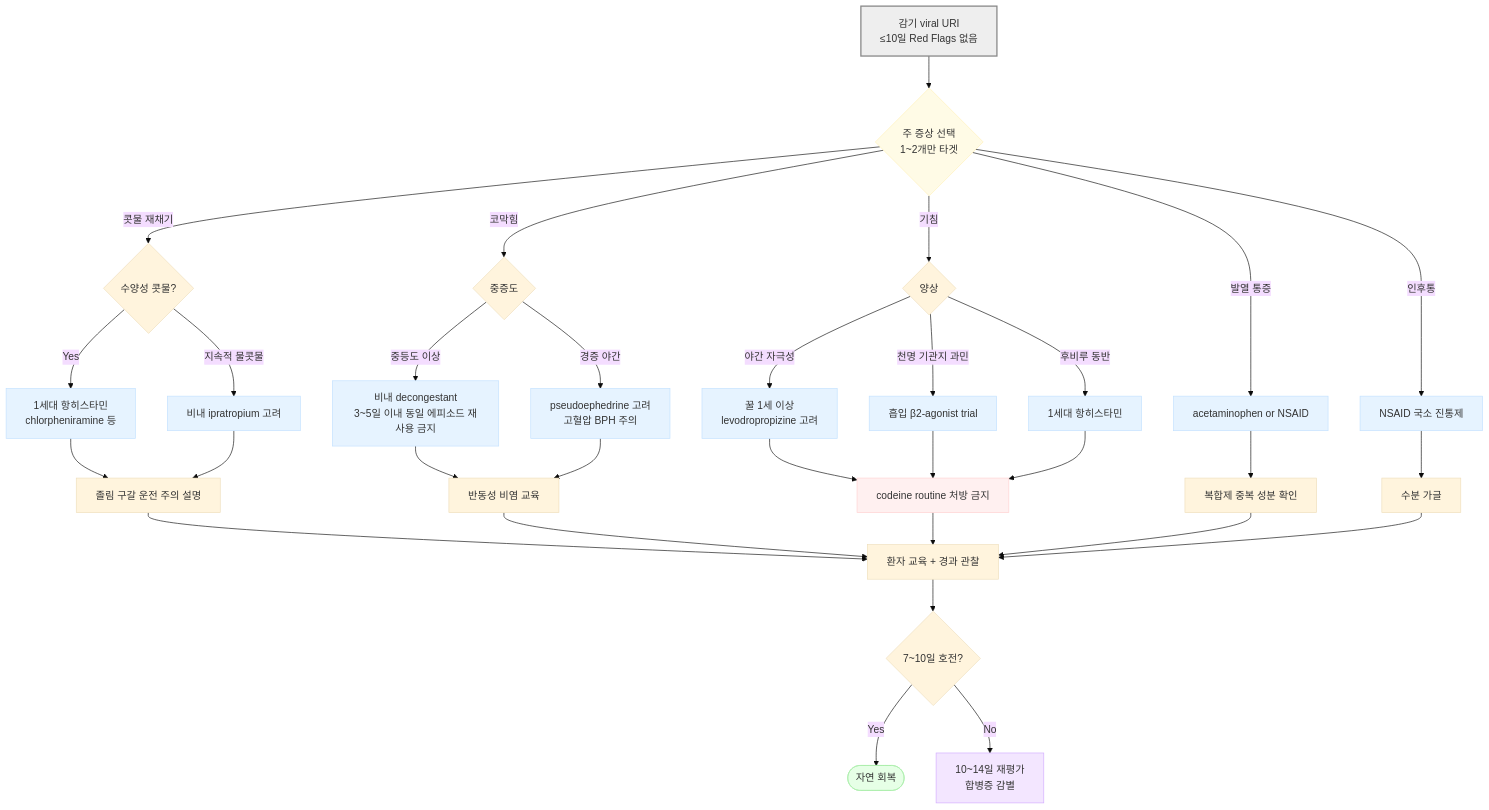
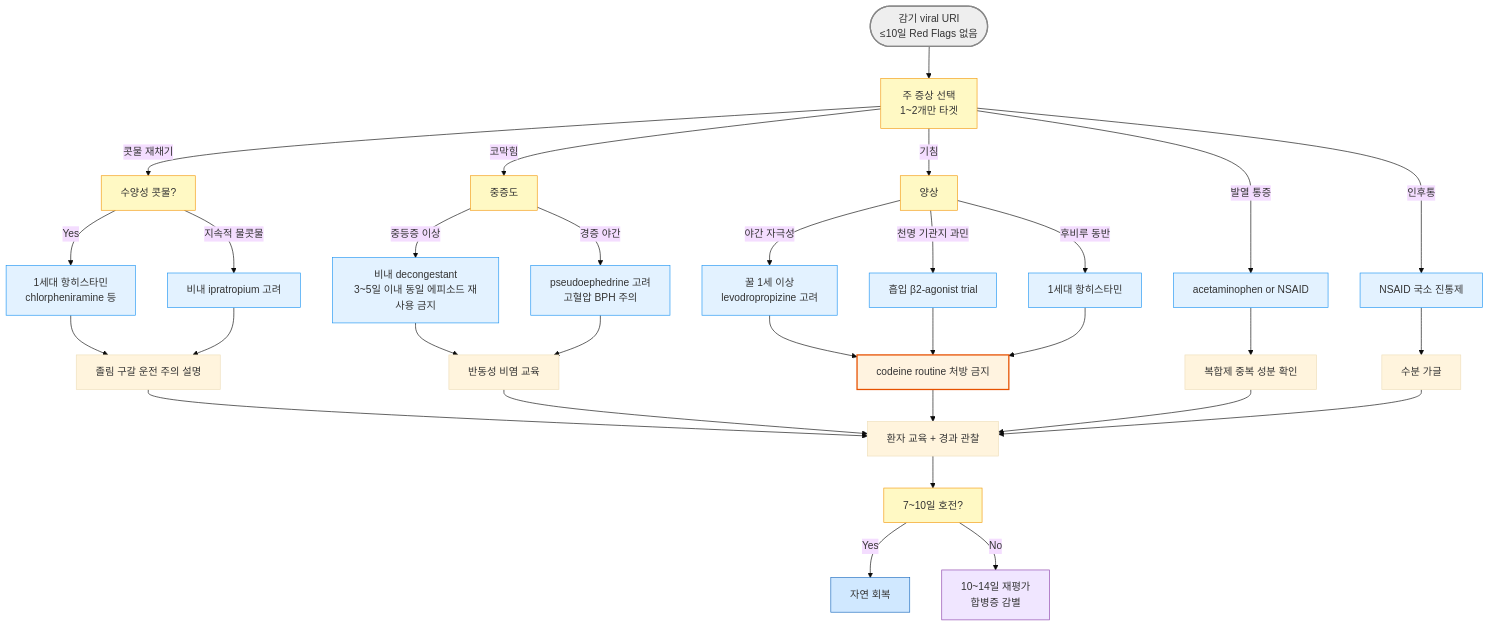
The diagram in 223_/060_-common-cold.md (familyoh77/familyoh77), drawn with Mermaid (base theme) before and after one commit. The commit also changed other lines of this file, not shown here.

````diff
--- a/223_/060_-common-cold.md
+++ b/223_/060_-common-cold.md
@@ -185,55 +155,49 @@
 ```mermaid
 flowchart TD
-    A["감기 viral URI<br/>≤10일 Red Flags 없음"] --> B{주 증상 선택<br/>1~2개만 타겟}
+    A(["감기 viral URI<br/>≤10일 Red Flags 없음"]) --> B[주 증상 선택<br/>1~2개만 타겟]
 
-    B -->|콧물 재채기| R1{수양성 콧물?}
+    B -->|콧물 재채기| R1[수양성 콧물?]
     R1 -->|Yes| R2["1세대 항히스타민<br/>chlorpheniramine 등"]
     R1 -->|지속적 물콧물| R3["비내 ipratropium 고려"]
     R2 --> R4["졸림 구갈 운전 주의 설명"]
     R3 --> R4
 
-    B -->|코막힘| C1{중증도}
-    C1 -->|중등도 이상| C2["비내 decongestant<br/>3~5일 이내 동일 에피소드 재사용 금지"]
+    B -->|코막힘| C1[중증도]
+    C1 -->|중등증 이상| C2["비내 decongestant<br/>3~5일 이내 동일 에피소드 재사용 금지"]
     C1 -->|경증 야간| C3["pseudoephedrine 고려<br/>고혈압 BPH 주의"]
     C2 --> C4["반동성 비염 교육"]
     C3 --> C4
 
-    B -->|기침| K1{양상}
+    B -->|기침| K1[양상]
     K1 -->|야간 자극성| K2["꿀 1세 이상<br/>levodropropizine 고려"]
     K1 -->|천명 기관지 과민| K3["흡입 β2-agonist trial"]
     K1 -->|후비루 동반| K4["1세대 항히스타민"]
     K2 --> K5["codeine routine 처방 금지"]
     K3 --> K5
     K4 --> K5
 
     B -->|발열 통증| F1["acetaminophen or NSAID"]
     F1 --> F2["복합제 중복 성분 확인"]
 
     B -->|인후통| S1["NSAID 국소 진통제"]
     S1 --> S2["수분 가글"]
 
     R4 --> Z["환자 교육 + 경과 관찰"]
     C4 --> Z
     K5 --> Z
     F2 --> Z
     S2 --> Z
 
-    Z --> Y{7~10일 호전?}
-    Y -->|Yes| END(["자연 회복"])
+    Z --> Y[7~10일 호전?]
+    Y -->|Yes| END["자연 회복"]
     Y -->|No| RE["10~14일 재평가<br/>합병증 감별"]
 
-    style A fill:#eeeeee,stroke:#888888,stroke-width:2px
-    style B fill:#fffbe6,stroke:#fff1b8
-    style R2 fill:#e6f3ff,stroke:#c1e0ff
-    style R3 fill:#e6f3ff,stroke:#c1e0ff
-    style C2 fill:#e6f3ff,stroke:#c1e0ff
-    style C3 fill:#e6f3ff,stroke:#c1e0ff
-    style K2 fill:#e6f3ff,stroke:#c1e0ff
-    style K3 fill:#e6f3ff,stroke:#c1e0ff
-    style K4 fill:#e6f3ff,stroke:#c1e0ff
-    style F1 fill:#e6f3ff,stroke:#c1e0ff
-    style S1 fill:#e6f3ff,stroke:#c1e0ff
-    style K5 fill:#fff0f0,stroke:#ffd1d1
-    style END fill:#e6ffe6,stroke:#aaeeaa
-    style RE fill:#f3e6ff,stroke:#d1aaff
+style A fill:#eeeeee,stroke:#888888,stroke-width:2px
+classDef yellow fill:#fff9c4,stroke:#f39c12
+class B,R1,C1,K1,Y yellow
+classDef sky fill:#e3f2ff,stroke:#2196f3
+class R2,R3,C2,C3,K2,K3,K4,F1,S1 sky
+    style K5 fill:#fff3e0,stroke:#e65100,stroke-width:2px
+style END fill:#d0e8ff,stroke:#1a6abf
+    style RE fill:#f0e6ff,stroke:#8e44ad
 ```
````
